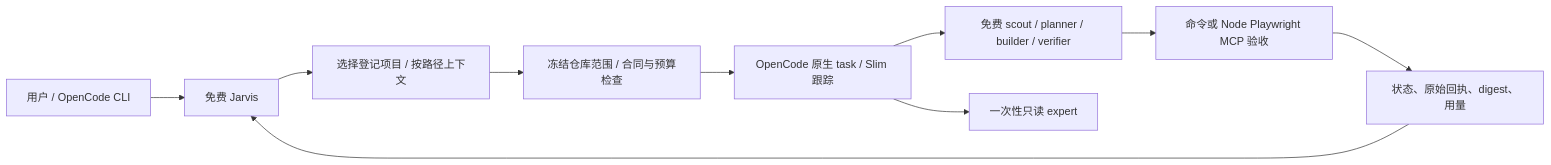
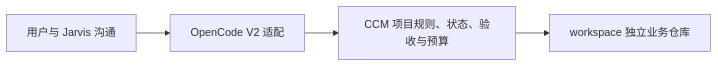
The diagram in docs/architecture.md (6daya/ccm), drawn with Mermaid before and after one commit. The commit also changed other lines of this file and 43 other files, not shown here.

Commit message:
Release CCM 0.3.0 for native OpenCode V2 workflows

````diff
--- a/docs/architecture.md
+++ b/docs/architecture.md
@@ -3,12 +3,6 @@
 ```mermaid
 flowchart LR
- U[用户 / OpenCode CLI] --> C[免费 Jarvis]
- C --> R[选择登记项目 / 按路径上下文]
- R --> P[冻结仓库范围 / 合同与预算检查]
- P --> T[OpenCode 原生 task / Slim 跟踪]
- T --> F[免费 scout / planner / builder / verifier]
- T --> E[一次性只读 expert]
- F --> V[命令或 Node Playwright MCP 验收]
- V --> S[状态、原始回执、digest、用量]
- S --> C
+ U[用户与 Jarvis 沟通] --> A[OpenCode V2 适配]
+ A --> C[CCM 项目规则、状态、验收与预算]
+ C --> W[workspace 独立业务仓库]
 ```
````
